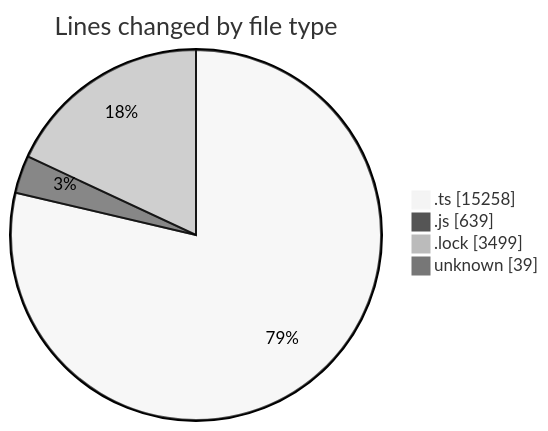
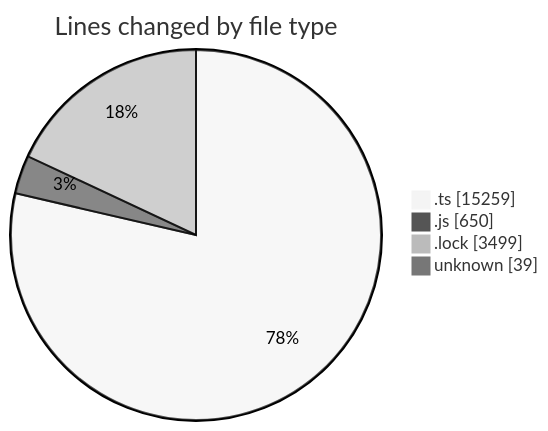
One commit to momahboobian/code-tracking changed the first of 2 diagrams in 2025-05-20/cda/README.md. Above: the diagram before and after it, drawn with Mermaid (neutral theme). The commit also changed other lines of this file and 1 other file, not shown here.

````diff
--- a/2025-05-20/cda/README.md
+++ b/2025-05-20/cda/README.md
@@ -31,8 +31,8 @@
 ```mermaid
 pie showData
 title Lines changed by file type
-".ts" : 15258
-".js" : 639
+".ts" : 15259
+".js" : 650
 ".lock" : 3499
 "unknown" : 39
 ```
````
